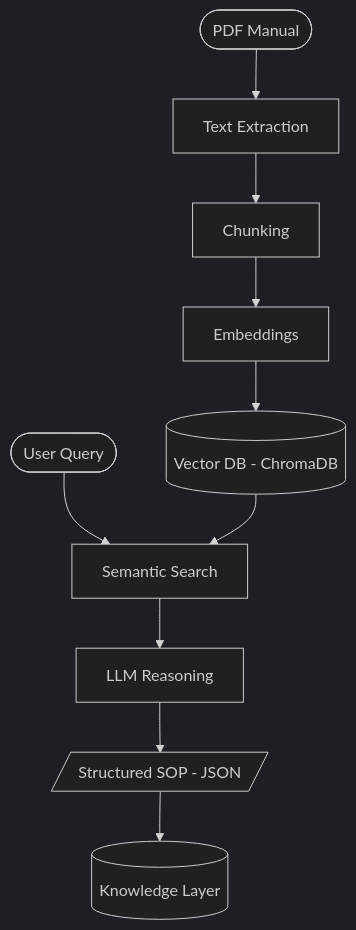
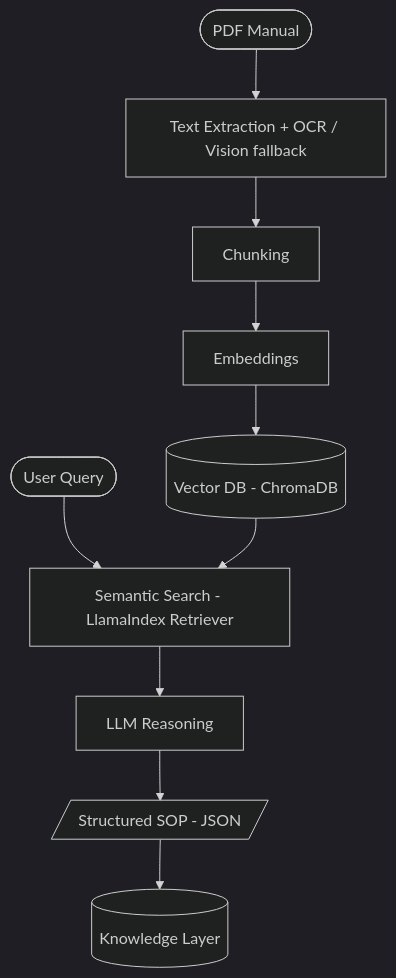
One commit to hi0001234d/parseos-manual-intelligence changed the diagram in README.md. Above: the diagram before and after it, drawn with Mermaid (dark theme). The commit also changed other lines of this file, not shown here.

````diff
--- a/README.md
+++ b/README.md
@@ -43,12 +44,12 @@
 ```mermaid
 flowchart TD
-    A([PDF Manual]) --> B[Text Extraction]
+    A([PDF Manual]) --> B[Text Extraction + OCR / Vision fallback]
     B --> C[Chunking]
     C --> D[Embeddings]
     D --> E[(Vector DB - ChromaDB)]
-    Q([User Query]) --> S[Semantic Search]
+    Q([User Query]) --> S[Semantic Search - LlamaIndex Retriever]
     E --> S
     S --> L[LLM Reasoning]
     L --> J[/Structured SOP - JSON/]
     J --> K[(Knowledge Layer)]
 ```
````
